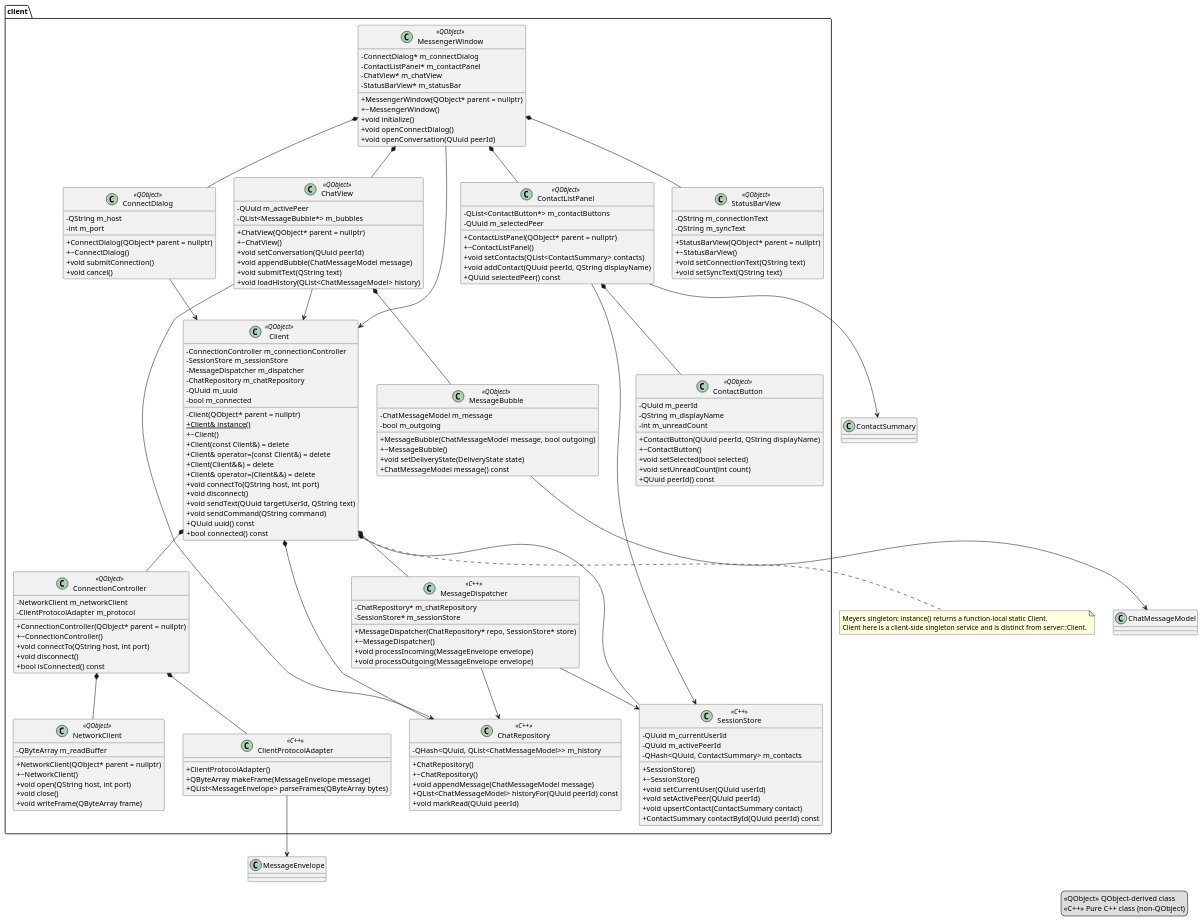
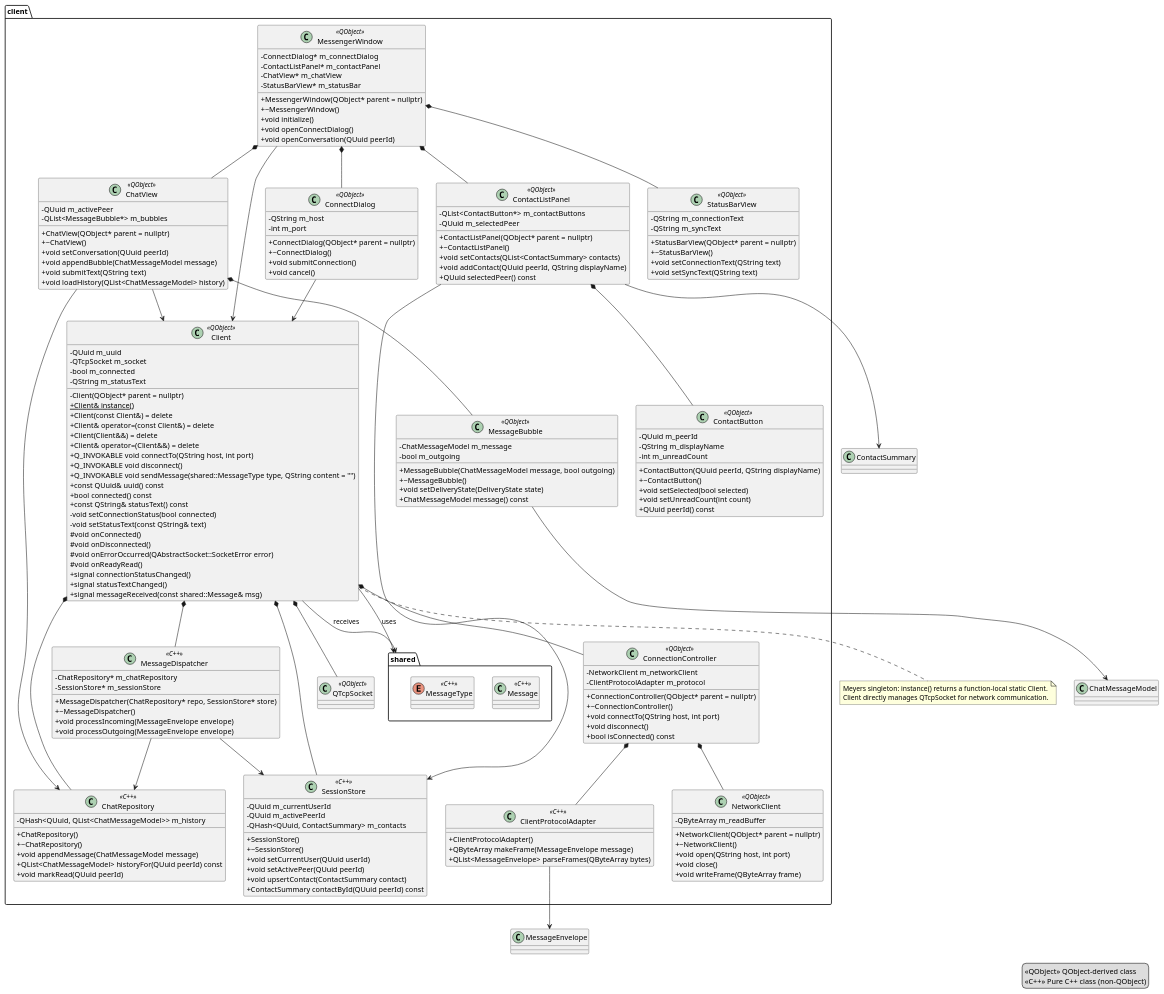
The diagram in docs/architecture/client.puml (duckysmacky/qt-chat-app), drawn with PlantUML before and after one commit.

Commit message:
Refactor Client class and update QTcpSocket usage

```diff
--- a/docs/architecture/client.puml
+++ b/docs/architecture/client.puml
@@ -9,25 +9,28 @@
 package "client" {
 
 class Client <<QObject>> {
-  - ConnectionController m_connectionController
-  - SessionStore m_sessionStore
-  - MessageDispatcher m_dispatcher
-  - ChatRepository m_chatRepository
   - QUuid m_uuid
+  - QTcpSocket m_socket
   - bool m_connected
+  - QString m_statusText
   - Client(QObject* parent = nullptr)
   + {static} Client& instance()
-  + ~Client()
   + Client(const Client&) = delete
   + Client& operator=(const Client&) = delete
   + Client(Client&&) = delete
   + Client& operator=(Client&&) = delete
-  + void connectTo(QString host, int port)
-  + void disconnect()
-  + void sendText(QUuid targetUserId, QString text)
-  + void sendCommand(QString command)
-  + QUuid uuid() const
+  + Q_INVOKABLE void connectTo(QString host, int port)
+  + Q_INVOKABLE void disconnect()
+  + Q_INVOKABLE void sendMessage(shared::MessageType type, QString content = "")
+  + const QUuid& uuid() const
   + bool connected() const
+  + const QString& statusText() const
+  - void setConnectionStatus(bool connected)
+  - void setStatusText(const QString& text)
+  # void onConnected()
+  # void onDisconnected()
+  # void onErrorOccurred(QAbstractSocket::SocketError error)
+  # void onReadyRead()
 }
 
 class MessengerWindow <<QObject>> {
@@ -156,12 +159,27 @@
   + ContactSummary contactById(QUuid peerId) const
 }
 
+class QTcpSocket <<QObject>> {
+}
+
+namespace shared {
+  class Message <<C++>> {
+  }
+  
+  enum MessageType <<C++>> {
+  }
+}
+
 }
 
 note bottom of Client
 Meyers singleton: instance() returns a function-local static Client.
-Client here is a client-side singleton service and is distinct from server::Client.
+Client directly manages QTcpSocket for network communication.
 end note
+
+Client *-- QTcpSocket
+Client --> shared::Message : receives
+Client --> shared::MessageType : uses
 
 MessengerWindow *-- ConnectDialog
 MessengerWindow *-- ContactListPanel
@@ -189,4 +207,8 @@
 ContactListPanel --> ContactSummary
 ClientProtocolAdapter --> MessageEnvelope
 
+Client : +signal connectionStatusChanged()
+Client : +signal statusTextChanged()
+Client : +signal messageReceived(const shared::Message& msg)
+
 @enduml
```
